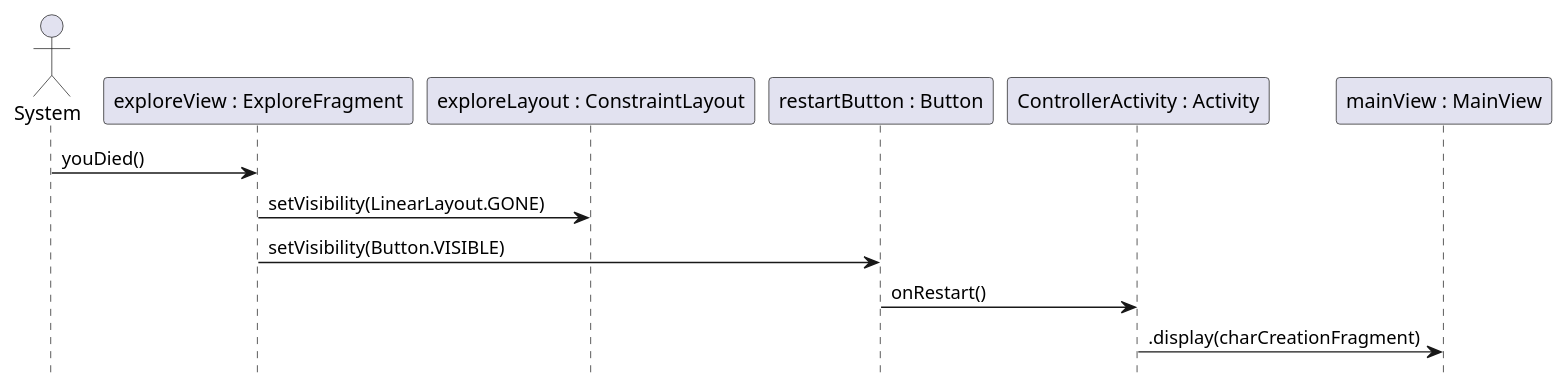
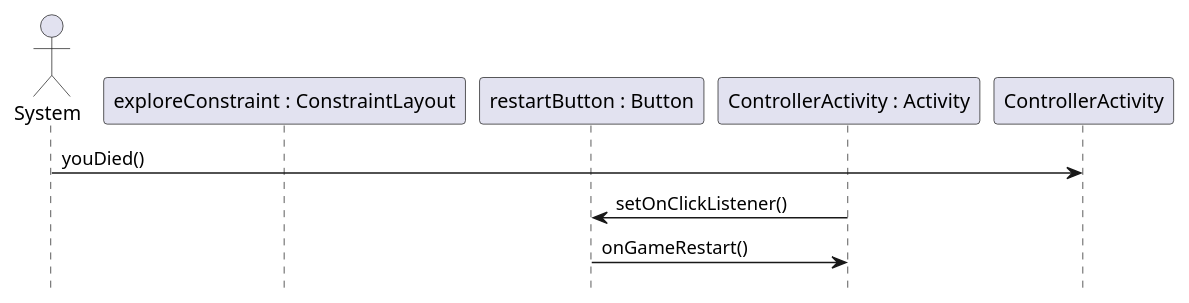
One commit to dgoldman30/Dungeon_Crawler changed the second of 8 diagrams in app/src/main/doc/design.md. Above: the diagram before and after it, drawn with PlantUML. The commit also changed other lines of this file and 7 other files, not shown here.

````diff
--- a/app/src/main/doc/design.md
+++ b/app/src/main/doc/design.md
@@ -41,21 +53,16 @@
 ```plantuml
 @startuml
 hide footbox
 
 actor System
-
-participant "exploreView : ExploreFragment" as exploreView
-participant "exploreLayout : ConstraintLayout" as exploreLayout
+participant "exploreConstraint : ConstraintLayout" as exploreLayout
 participant "restartButton : Button" as restartButton
 participant "ControllerActivity : Activity" as Controller
-participant "mainView : MainView" as mainView
 
-System -> exploreView: youDied()
-exploreView -> exploreLayout: setVisibility(LinearLayout.GONE)
-exploreView -> restartButton: setVisibility(Button.VISIBLE)
+System -> ControllerActivity: youDied()
 
-restartButton -> Controller: onRestart()
-Controller -> mainView: .display(charCreationFragment)
+Controller -> restartButton: setOnClickListener()
+restartButton -> Controller: onGameRestart()
 
 @enduml
 ```
````
